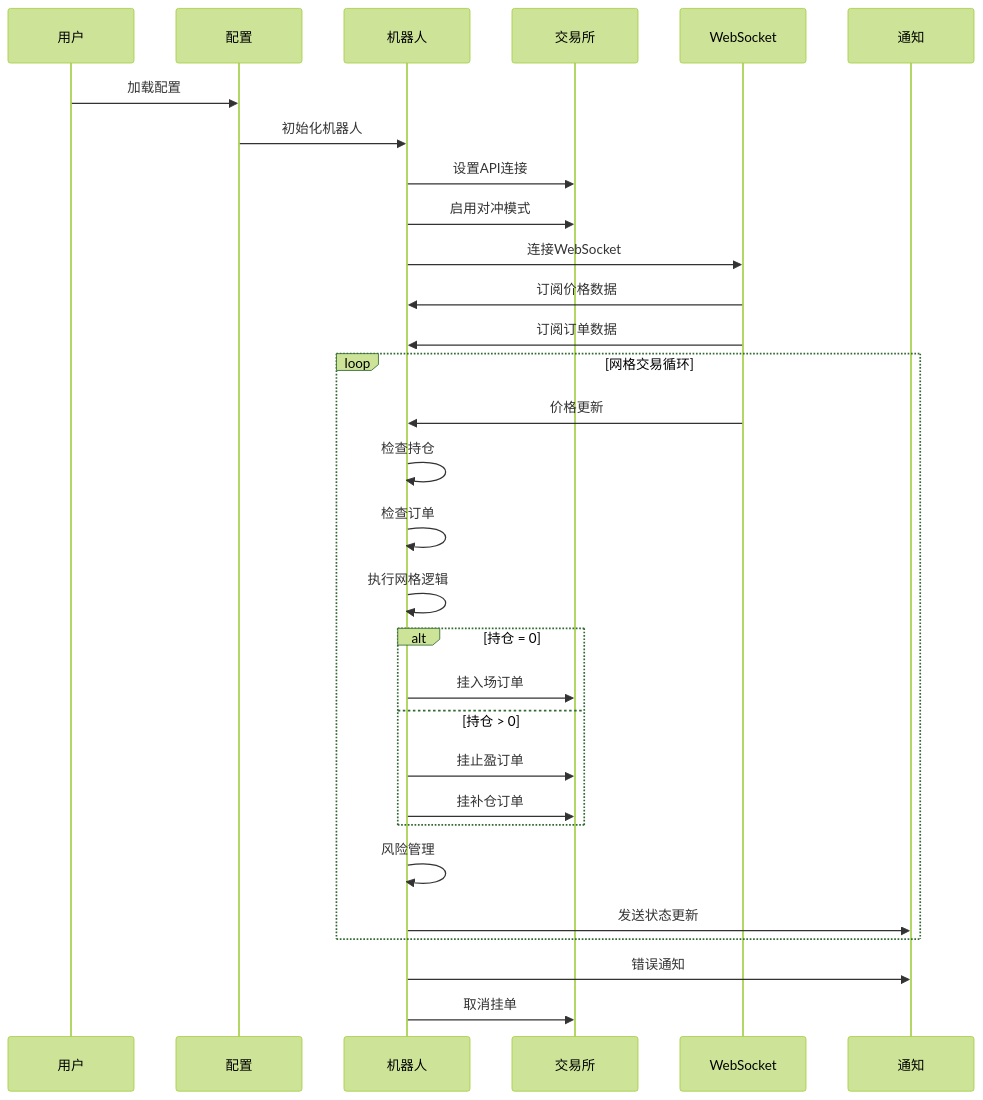
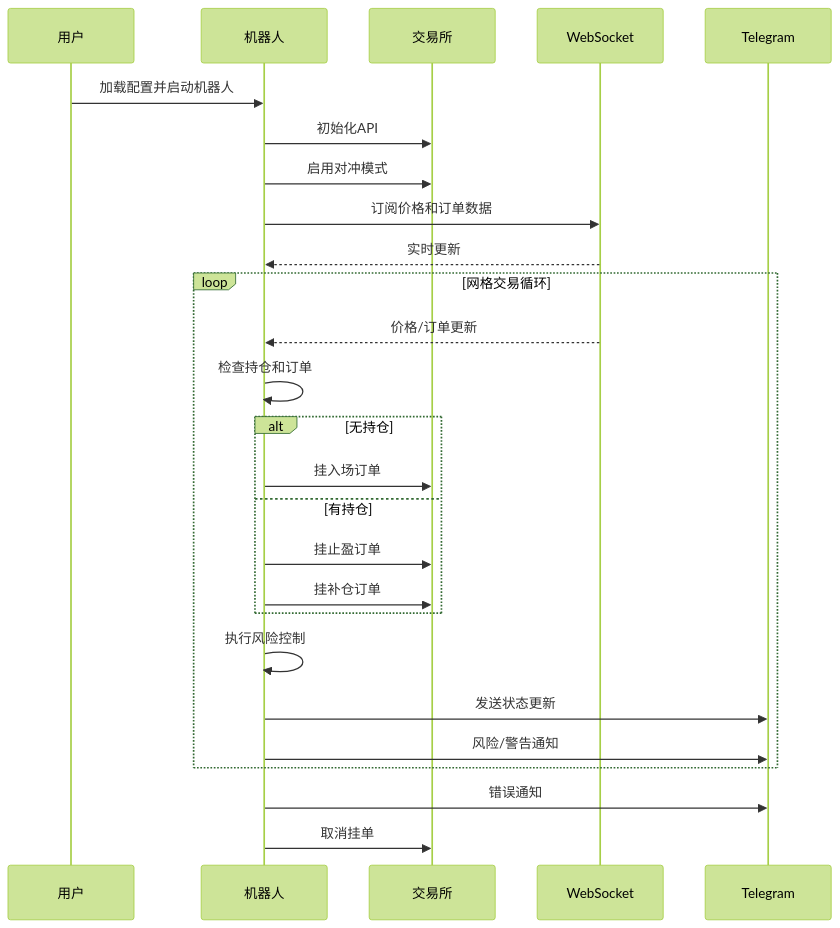
One commit to aoooeg/AS-Grid changed the fourth of 4 diagrams in docs/README_ZN.md. Above: the diagram before and after it, drawn with Mermaid (forest theme). The commit also changed other lines of this file and 1 other file, not shown here.

Commit message:
Optimize Mermaid diagrams: improve readability and structure

````diff
--- a/docs/README_ZN.md
+++ b/docs/README_ZN.md
@@ -150,37 +157,31 @@
 ```mermaid
 sequenceDiagram
-    participant U as 用户
-    participant C as 配置
-    participant B as 机器人
-    participant E as 交易所
-    participant W as WebSocket
-    participant N as 通知
-    
-    U->>C: 加载配置
-    C->>B: 初始化机器人
-    B->>E: 设置API连接
-    B->>E: 启用对冲模式
-    B->>W: 连接WebSocket
-    W->>B: 订阅价格数据
-    W->>B: 订阅订单数据
-    
+    participant User as 用户
+    participant Bot as 机器人
+    participant Exchange as 交易所
+    participant WS as WebSocket
+    participant TG as Telegram
+
+    User->>Bot: 加载配置并启动机器人
+    Bot->>Exchange: 初始化API
+    Bot->>Exchange: 启用对冲模式
+    Bot->>WS: 订阅价格和订单数据
+    WS-->>Bot: 实时更新
+
     loop 网格交易循环
-        W->>B: 价格更新
-        B->>B: 检查持仓
-        B->>B: 检查订单
-        B->>B: 执行网格逻辑
-        
-        alt 持仓 = 0
-            B->>E: 挂入场订单
-        else 持仓 > 0
-            B->>E: 挂止盈订单
-            B->>E: 挂补仓订单
+        WS-->>Bot: 价格/订单更新
+        Bot->>Bot: 检查持仓和订单
+        alt 无持仓
+            Bot->>Exchange: 挂入场订单
+        else 有持仓
+            Bot->>Exchange: 挂止盈订单
+            Bot->>Exchange: 挂补仓订单
         end
-        
-        B->>B: 风险管理
-        B->>N: 发送状态更新
+        Bot->>Bot: 执行风险控制
+        Bot->>TG: 发送状态更新
+        Bot->>TG: 风险/警告通知
     end
-    
-    B->>N: 错误通知
-    B->>E: 取消挂单
+
+    Bot->>TG: 错误通知
+    Bot->>Exchange: 取消挂单
 ```
````
